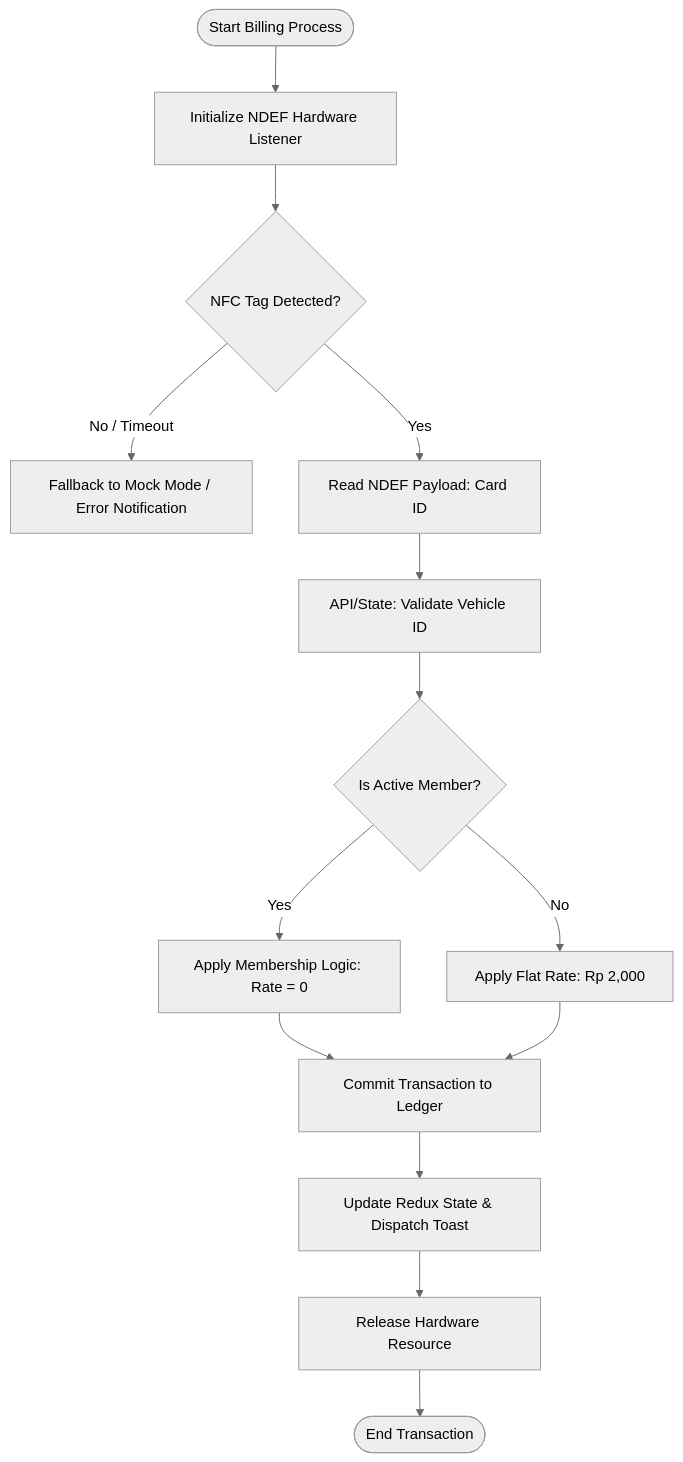
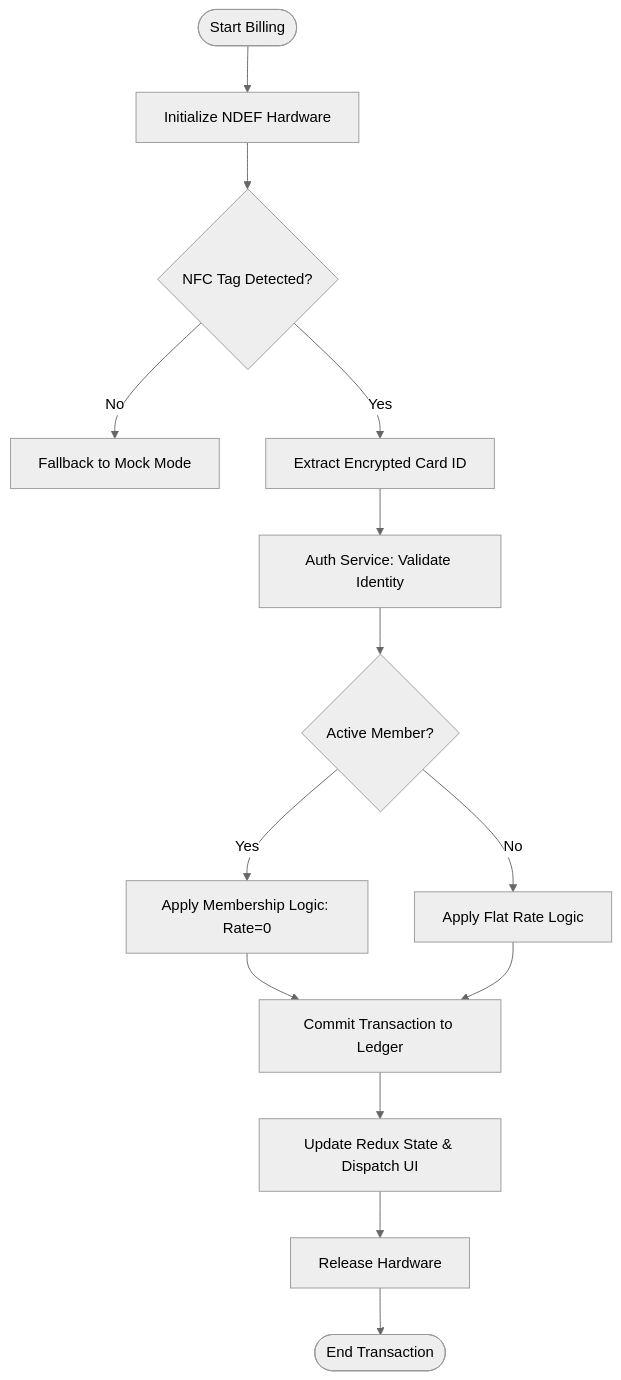
One commit to valdomuhammaddd/NFC-Automated-Parking-Debit changed the diagram in README.md. Above: the diagram before and after it, drawn with Mermaid (neutral theme). The commit also changed other lines of this file, not shown here.

`````diff
--- a/README.md
+++ b/README.md
@@ -41,16 +36,16 @@
 ```mermaid
 graph TD
-    A([Start Billing Process]) --> B[Initialize NDEF Hardware Listener]
+    A([Start Billing]) --> B[Initialize NDEF Hardware]
     B --> C{NFC Tag Detected?}
-    C -- No / Timeout --> D[Fallback to Mock Mode / Error Notification]
-    C -- Yes --> E[Read NDEF Payload: Card ID]
-    E --> F[API/State: Validate Vehicle ID]
-    F --> G{Is Active Member?}
-    G -- Yes --> H[Apply Membership Logic: Rate = 0]
-    G -- No --> I[Apply Flat Rate: Rp 2,000]
+    C -- No --> D[Fallback to Mock Mode]
+    C -- Yes --> E[Extract Encrypted Card ID]
+    E --> F[Auth Service: Validate Identity]
+    F --> G{Active Member?}
+    G -- Yes --> H[Apply Membership Logic: Rate=0]
+    G -- No --> I[Apply Flat Rate Logic]
     H --> J[Commit Transaction to Ledger]
     I --> J
-    J --> K[Update Redux State & Dispatch Toast]
-    K --> L[Release Hardware Resource]
+    J --> K[Update Redux State & Dispatch UI]
+    K --> L[Release Hardware]
     L --> M([End Transaction])
 ````
`````
